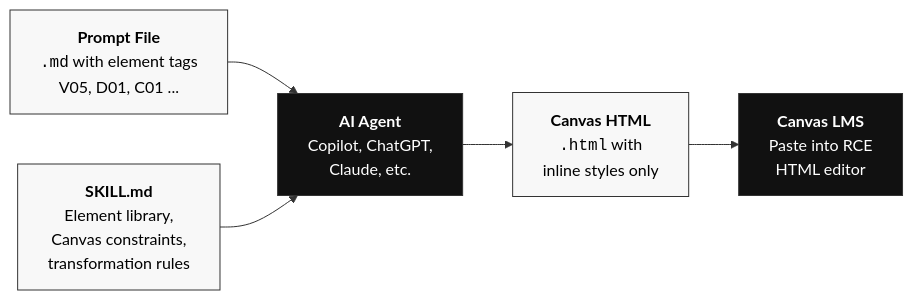
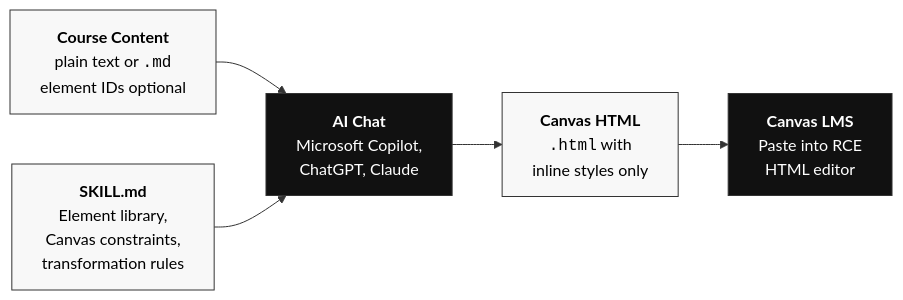
One commit to npuckett/canvas-design-agent changed the diagram in README.md. Above: the diagram before and after it, drawn with Mermaid. The commit also changed other lines of this file and 23 other files, not shown here.

````diff
--- a/README.md
+++ b/README.md
@@ -32,13 +39,13 @@
 ```mermaid
 flowchart LR
-    A["<b>Prompt File</b><br/><code>.md</code> with element tags<br/>V05, D01, C01 ..."] --> C["<b>AI Agent</b><br/>Copilot, ChatGPT,<br/>Claude, etc."]
+    A["<b>Course Content</b><br/>plain text or <code>.md</code><br/>element IDs optional"] --> C["<b>AI Chat</b><br/>Microsoft Copilot,<br/>ChatGPT, Claude"]
     B["<b>SKILL.md</b><br/>Element library,<br/>Canvas constraints,<br/>transformation rules"] --> C
     C --> D["<b>Canvas HTML</b><br/><code>.html</code> with<br/>inline styles only"]
     D --> E["<b>Canvas LMS</b><br/>Paste into RCE<br/>HTML editor"]
 
     style A fill:#f8f8f8,stroke:#333,color:#000
     style B fill:#f8f8f8,stroke:#333,color:#000
     style C fill:#111,stroke:#333,color:#fff
     style D fill:#f8f8f8,stroke:#333,color:#000
     style E fill:#111,stroke:#333,color:#fff
 ```
````
